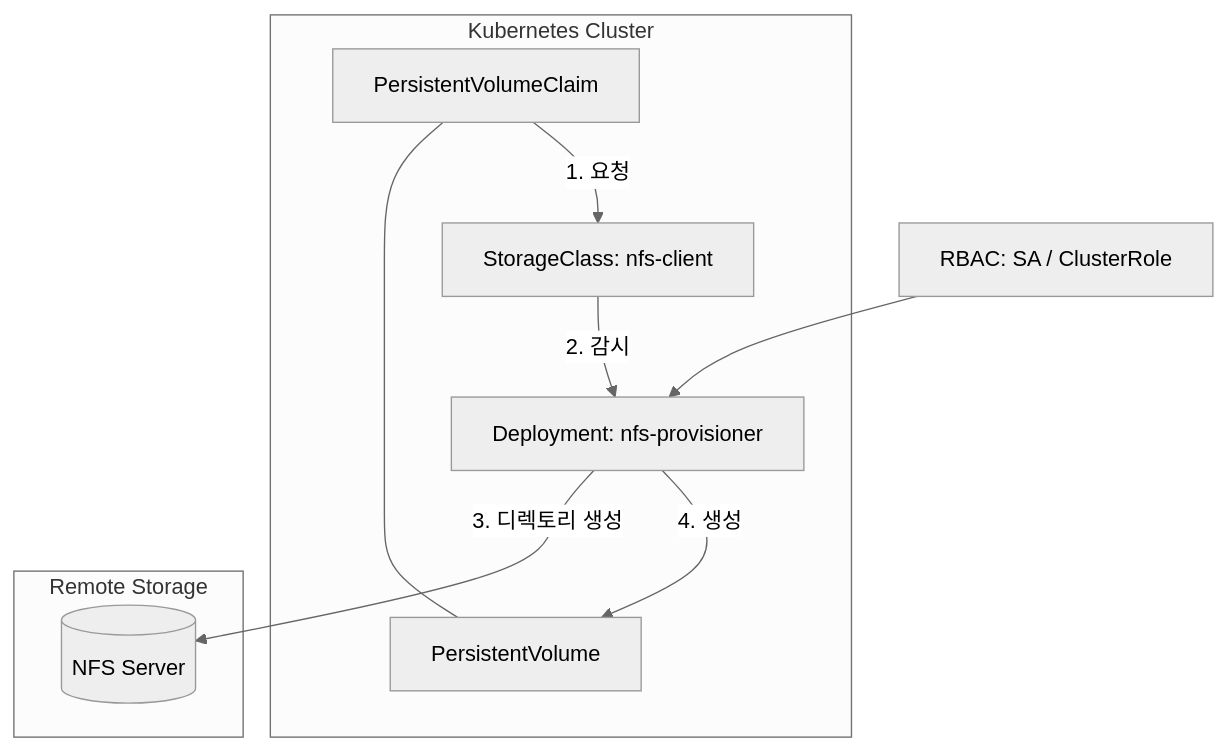
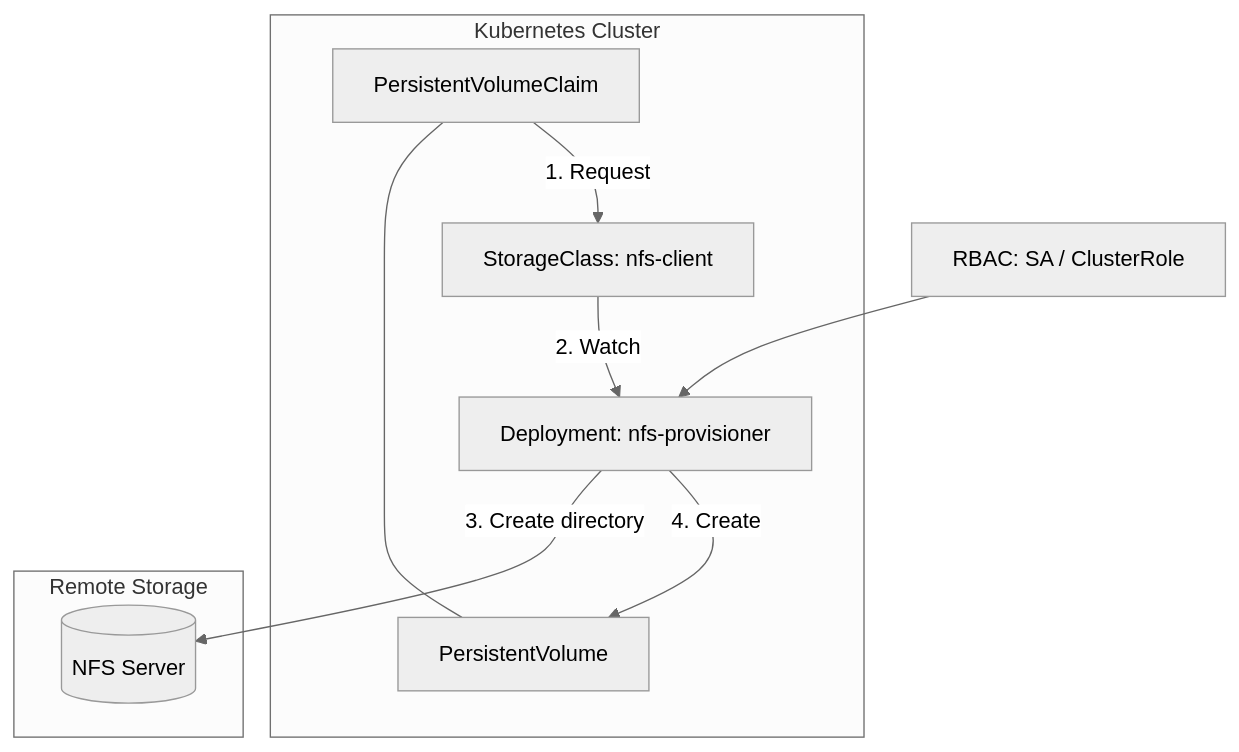
Before and after one commit to jeonck/k8s-adv: the first of 2 diagrams in content/labs/24-nfs-provisioner-yaml.md, drawn with Mermaid (neutral theme). The commit also changed other lines of this file and 223 other files, not shown here.

````diff
--- a/content/labs/24-nfs-provisioner-yaml.md
+++ b/content/labs/24-nfs-provisioner-yaml.md
@@ -15,15 +15,15 @@
 ```mermaid
 graph TD
     subgraph K8S_Cluster[Kubernetes Cluster]
-        PVC[PersistentVolumeClaim] -- "1. 요청" --> SC[StorageClass: nfs-client]
-        SC -- "2. 감시" --> DEP[Deployment: nfs-provisioner]
-        DEP -- "4. 생성" --> PV[PersistentVolume]
+        PVC[PersistentVolumeClaim] -- "1. Request" --> SC[StorageClass: nfs-client]
+        SC -- "2. Watch" --> DEP[Deployment: nfs-provisioner]
+        DEP -- "4. Create" --> PV[PersistentVolume]
         PV --- PVC
     end
 
     subgraph External_Storage[Remote Storage]
-        DEP -- "3. 디렉토리 생성" --> NFS[(NFS Server)]
+        DEP -- "3. Create directory" --> NFS[(NFS Server)]
     end
 
     RBAC[RBAC: SA / ClusterRole] --> DEP
 ```
````
